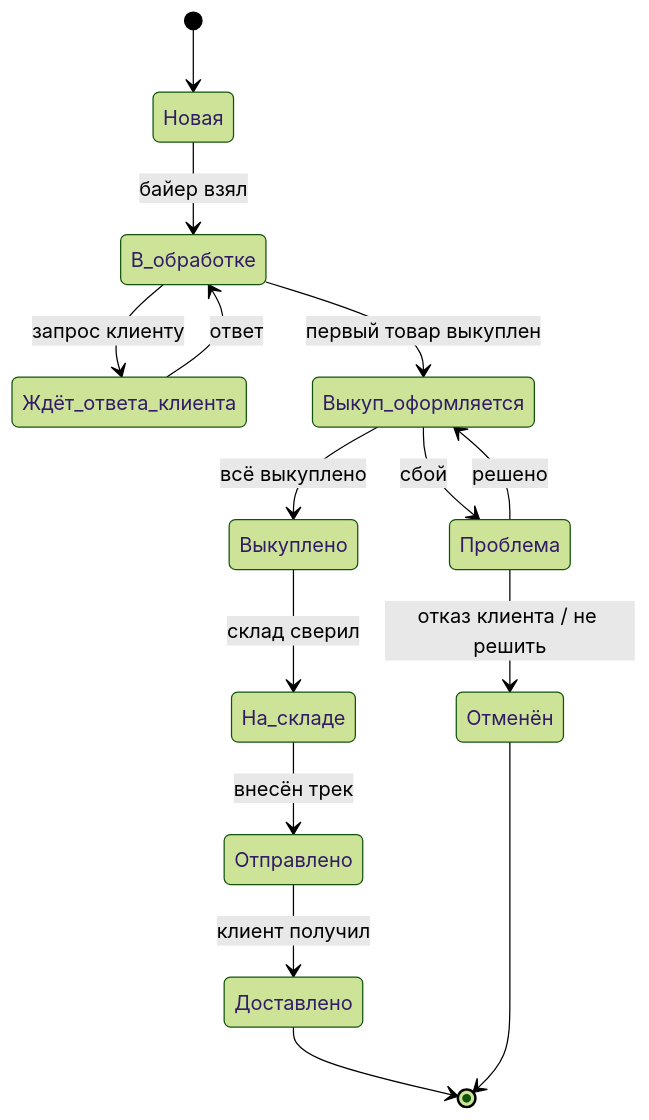
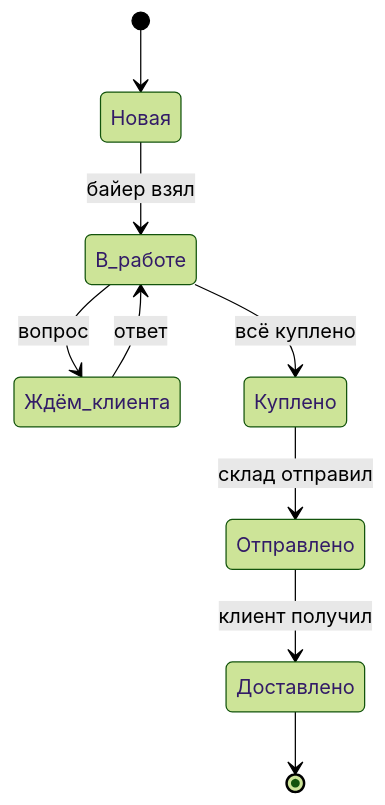
One commit to kostiyabahrii-sudo/UX-dizain changed the second of 2 diagrams in fitkit-employee-app/README.md. Above: the diagram before and after it, drawn with Mermaid (forest theme). The commit also changed other lines of this file and 7 other files, not shown here.

````diff
--- a/fitkit-employee-app/README.md
+++ b/fitkit-employee-app/README.md
@@ -169,17 +164,11 @@
 ```mermaid
 stateDiagram-v2
   [*] --> Новая
-  Новая --> В_обработке: байер взял
-  В_обработке --> Ждёт_ответа_клиента: запрос клиенту
-  Ждёт_ответа_клиента --> В_обработке: ответ
-  В_обработке --> Выкуп_оформляется: первый товар выкуплен
-  Выкуп_оформляется --> Проблема: сбой
-  Проблема --> Выкуп_оформляется: решено
-  Проблема --> Отменён: отказ клиента / не решить
-  Выкуп_оформляется --> Выкуплено: всё выкуплено
-  Выкуплено --> На_складе: склад сверил
-  На_складе --> Отправлено: внесён трек
+  Новая --> В_работе: байер взял
+  В_работе --> Ждём_клиента: вопрос
+  Ждём_клиента --> В_работе: ответ
+  В_работе --> Куплено: всё куплено
+  Куплено --> Отправлено: склад отправил
   Отправлено --> Доставлено: клиент получил
   Доставлено --> [*]
-  Отменён --> [*]
 ```
````
